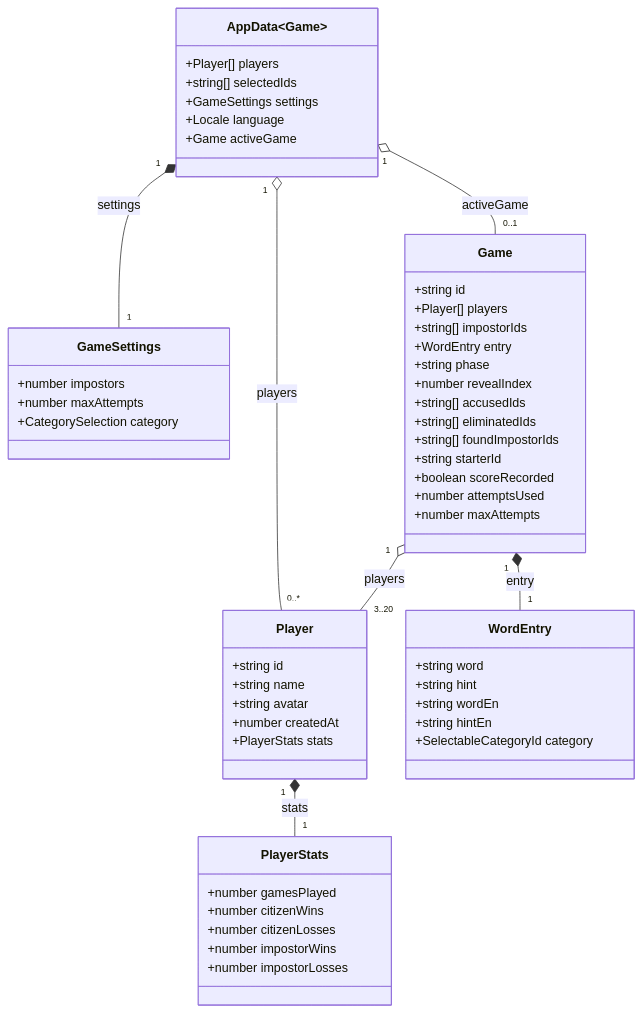
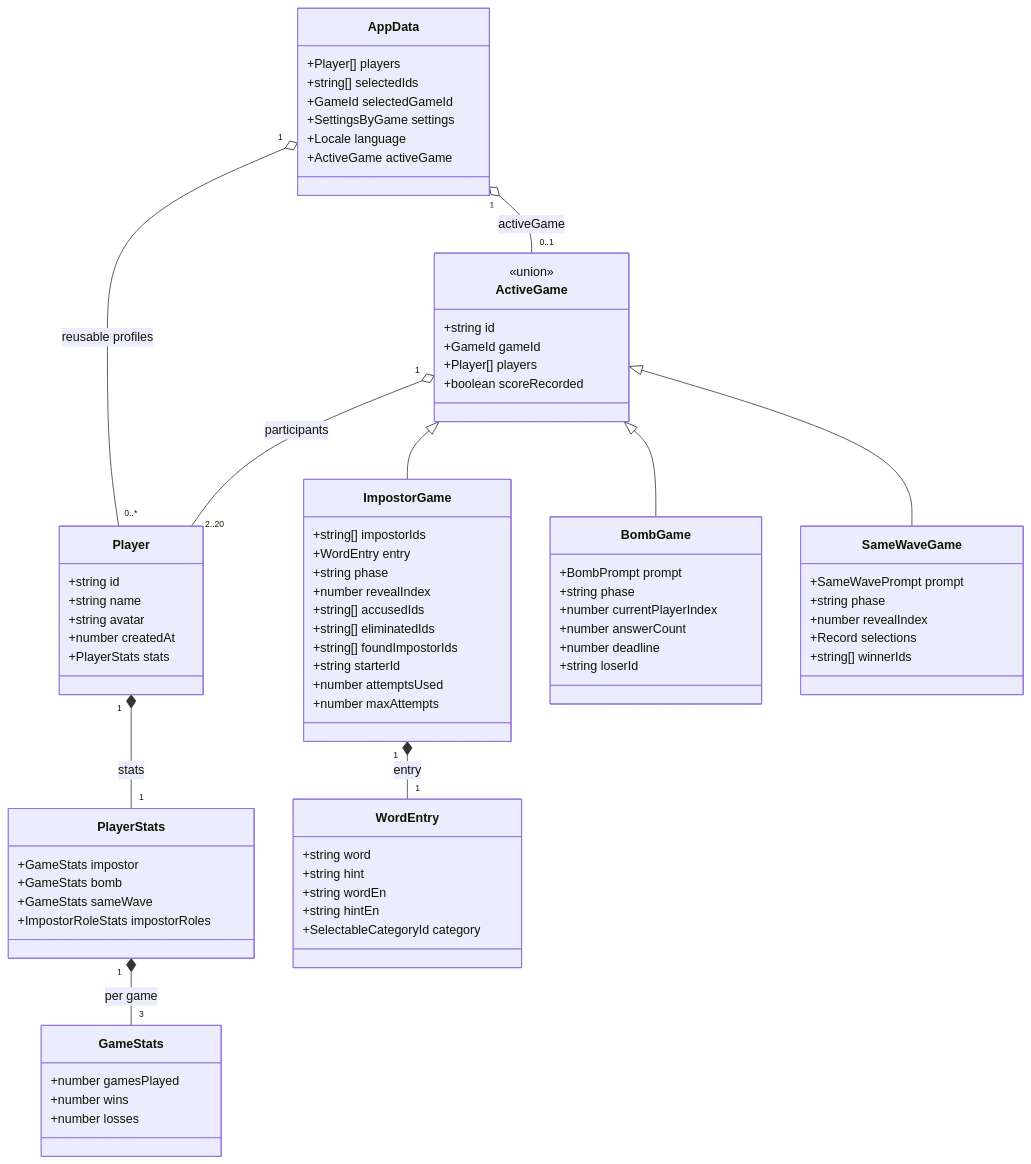
One commit to LucaSforza/ImpostorGame changed the diagram in kb/indexeddb.md. Above: the diagram before and after it, drawn with Mermaid. The commit also changed other lines of this file and 5 other files, not shown here.

````diff
--- a/kb/indexeddb.md
+++ b/kb/indexeddb.md
@@ -17,57 +17,79 @@
 ```mermaid
 classDiagram
-  class AppData~Game~ {
+  class AppData {
     +Player[] players
     +string[] selectedIds
-    +GameSettings settings
+    +GameId selectedGameId
+    +SettingsByGame settings
     +Locale language
-    +Game activeGame
+    +ActiveGame activeGame
   }
   class Player {
     +string id
     +string name
     +string avatar
     +number createdAt
     +PlayerStats stats
   }
   class PlayerStats {
+    +GameStats impostor
+    +GameStats bomb
+    +GameStats sameWave
+    +ImpostorRoleStats impostorRoles
+  }
+  class GameStats {
     +number gamesPlayed
-    +number citizenWins
-    +number citizenLosses
-    +number impostorWins
-    +number impostorLosses
+    +number wins
+    +number losses
   }
-  class GameSettings {
-    +number impostors
-    +number maxAttempts
-    +CategorySelection category
+  class ActiveGame {
+    <<union>>
+    +string id
+    +GameId gameId
+    +Player[] players
+    +boolean scoreRecorded
   }
-  class Game {
-    +string id
-    +Player[] players
+  class ImpostorGame {
     +string[] impostorIds
     +WordEntry entry
     +string phase
     +number revealIndex
     +string[] accusedIds
     +string[] eliminatedIds
     +string[] foundImpostorIds
     +string starterId
-    +boolean scoreRecorded
     +number attemptsUsed
     +number maxAttempts
+  }
+  class BombGame {
+    +BombPrompt prompt
+    +string phase
+    +number currentPlayerIndex
+    +number answerCount
+    +number deadline
+    +string loserId
+  }
+  class SameWaveGame {
+    +SameWavePrompt prompt
+    +string phase
+    +number revealIndex
+    +Record selections
+    +string[] winnerIds
   }
   class WordEntry {
     +string word
     +string hint
     +string wordEn
     +string hintEn
     +SelectableCategoryId category
   }
-  AppData~Game~ "1" o-- "0..*" Player : players
+  AppData "1" o-- "0..*" Player : reusable profiles
   Player "1" *-- "1" PlayerStats : stats
-  AppData~Game~ "1" *-- "1" GameSettings : settings
-  AppData~Game~ "1" o-- "0..1" Game : activeGame
-  Game "1" o-- "3..20" Player : players
-  Game "1" *-- "1" WordEntry : entry
+  PlayerStats "1" *-- "3" GameStats : per game
+  AppData "1" o-- "0..1" ActiveGame : activeGame
+  ActiveGame <|-- ImpostorGame
+  ActiveGame <|-- BombGame
+  ActiveGame <|-- SameWaveGame
+  ActiveGame "1" o-- "2..20" Player : participants
+  ImpostorGame "1" *-- "1" WordEntry : entry
 ```
````
